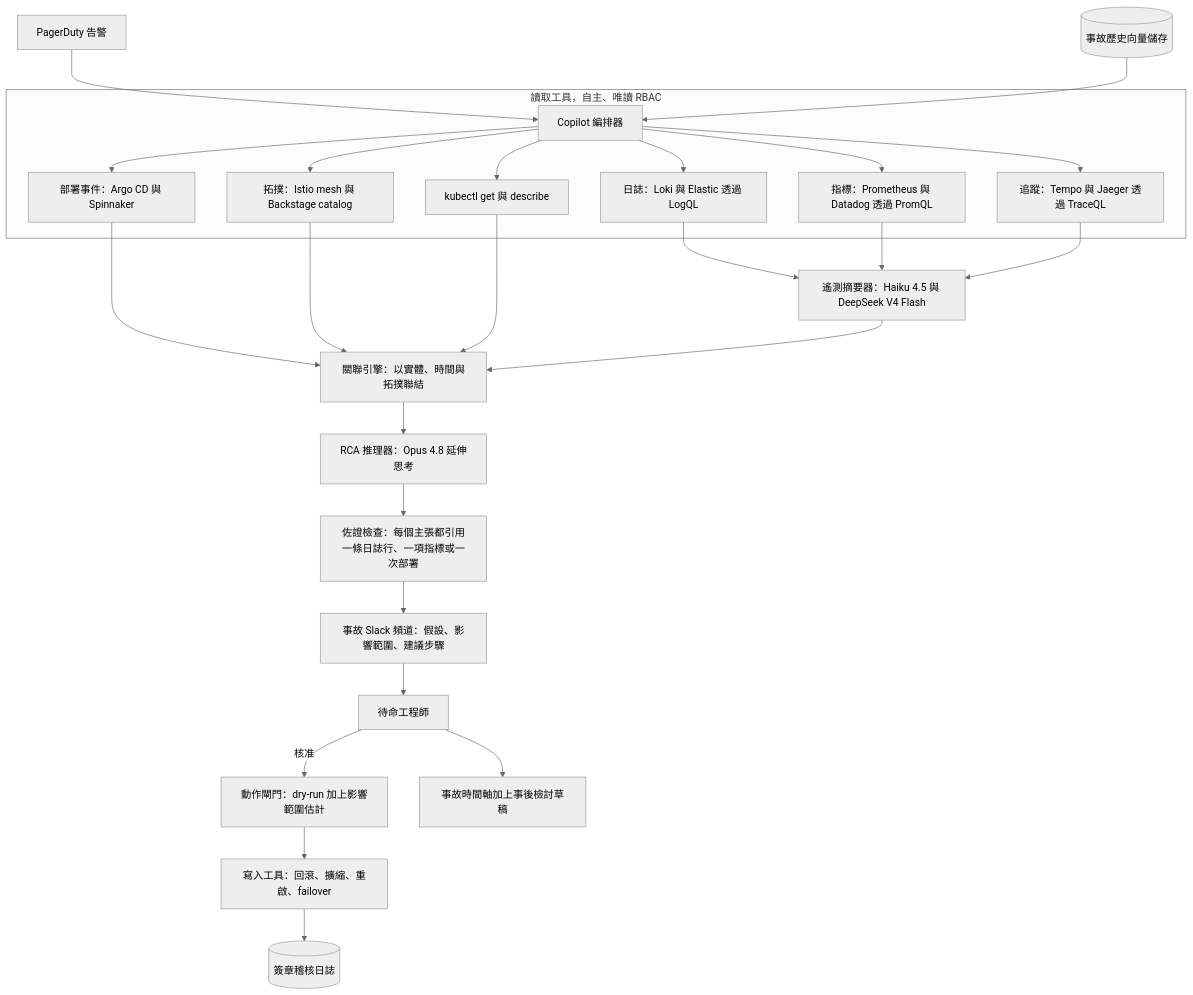
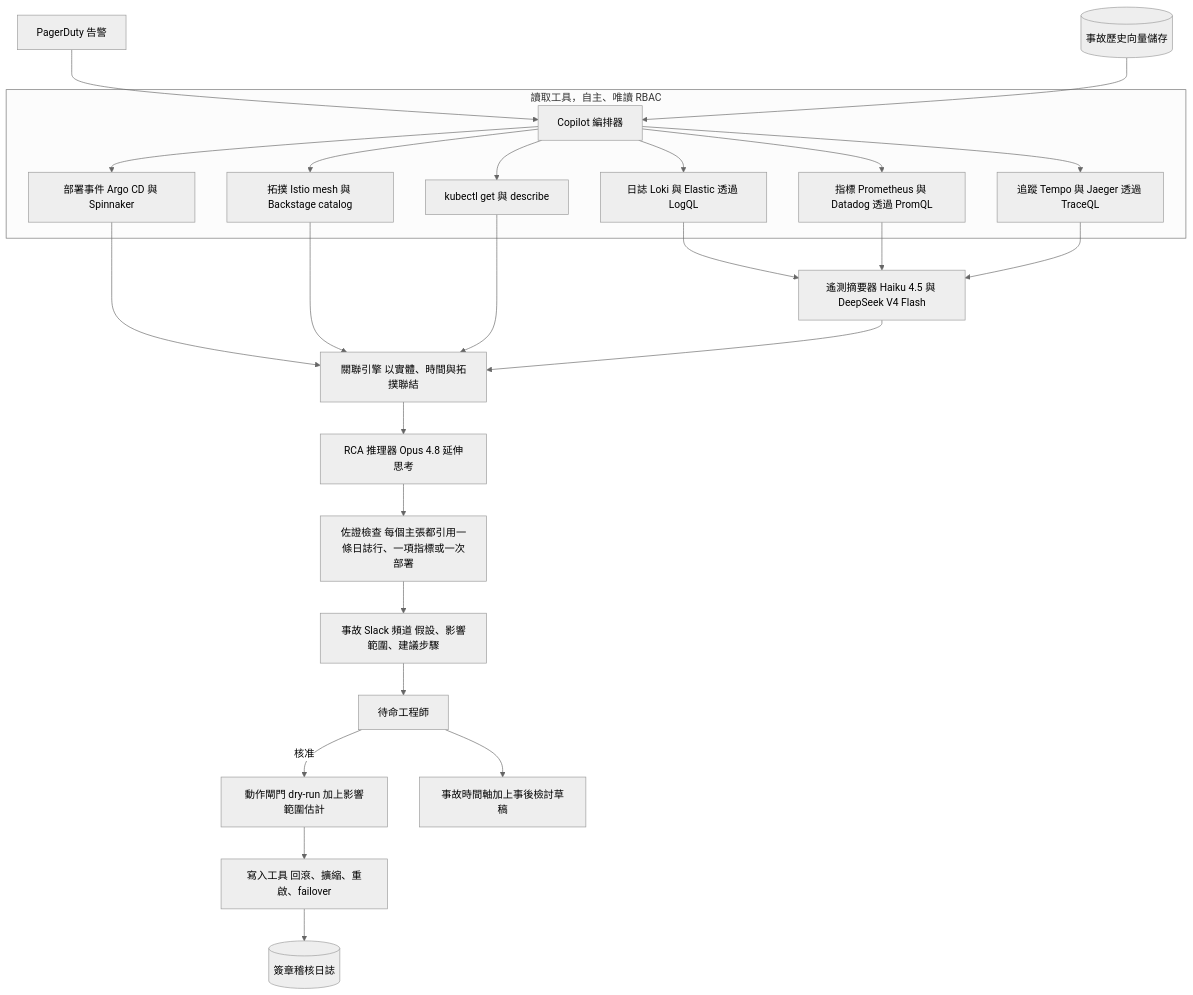
The first of 3 diagrams in i18n/zh-Hant/docusaurus-plugin-content-docs/current/16-case-studies/48-sre-incident-response-copilot.md (jack51706/ai-system-design-guide), drawn with Mermaid (neutral theme) before and after one commit. The commit also changed other lines of this file and 35 other files, not shown here.

````diff
--- a/i18n/zh-Hant/docusaurus-plugin-content-docs/current/16-case-studies/48-sre-incident-response-copilot.md
+++ b/i18n/zh-Hant/docusaurus-plugin-content-docs/current/16-case-studies/48-sre-incident-response-copilot.md
@@ -26,32 +26,32 @@
 ```mermaid
 flowchart TB
     PD[PagerDuty 告警] --> ORCH[Copilot 編排器]
     HIST[(事故歷史向量儲存)] --> ORCH
 
     subgraph Read["讀取工具，自主、唯讀 RBAC"]
-        ORCH --> LOGS[日誌：Loki 與 Elastic 透過 LogQL]
-        ORCH --> METRICS[指標：Prometheus 與 Datadog 透過 PromQL]
-        ORCH --> TRACES[追蹤：Tempo 與 Jaeger 透過 TraceQL]
-        ORCH --> DEPLOY[部署事件：Argo CD 與 Spinnaker]
-        ORCH --> TOPO[拓撲：Istio mesh 與 Backstage catalog]
+        ORCH --> LOGS[日誌 Loki 與 Elastic 透過 LogQL]
+        ORCH --> METRICS[指標 Prometheus 與 Datadog 透過 PromQL]
+        ORCH --> TRACES[追蹤 Tempo 與 Jaeger 透過 TraceQL]
+        ORCH --> DEPLOY[部署事件 Argo CD 與 Spinnaker]
+        ORCH --> TOPO[拓撲 Istio mesh 與 Backstage catalog]
         ORCH --> KGET[kubectl get 與 describe]
     end
 
-    LOGS --> SUMM[遙測摘要器：Haiku 4.5 與 DeepSeek V4 Flash]
+    LOGS --> SUMM[遙測摘要器 Haiku 4.5 與 DeepSeek V4 Flash]
     METRICS --> SUMM
     TRACES --> SUMM
-    DEPLOY --> CORR[關聯引擎：以實體、時間與拓撲聯結]
+    DEPLOY --> CORR[關聯引擎 以實體、時間與拓撲聯結]
     TOPO --> CORR
     KGET --> CORR
     SUMM --> CORR
 
-    CORR --> RCA[RCA 推理器：Opus 4.8 延伸思考]
-    RCA --> GROUND[佐證檢查：每個主張都引用一條日誌行、一項指標或一次部署]
-    GROUND --> SLACK[事故 Slack 頻道：假設、影響範圍、建議步驟]
+    CORR --> RCA[RCA 推理器 Opus 4.8 延伸思考]
+    RCA --> GROUND[佐證檢查 每個主張都引用一條日誌行、一項指標或一次部署]
+    GROUND --> SLACK[事故 Slack 頻道 假設、影響範圍、建議步驟]
 
     SLACK --> HUMAN[待命工程師]
-    HUMAN -->|核准| GATE[動作閘門：dry-run 加上影響範圍估計]
-    GATE --> WRITE[寫入工具：回滾、擴縮、重啟、failover]
+    HUMAN -->|核准| GATE[動作閘門 dry-run 加上影響範圍估計]
+    GATE --> WRITE[寫入工具 回滾、擴縮、重啟、failover]
     WRITE --> AUDIT[(簽章稽核日誌)]
     HUMAN --> TIMELINE[事故時間軸加上事後檢討草稿]
 ```
````
